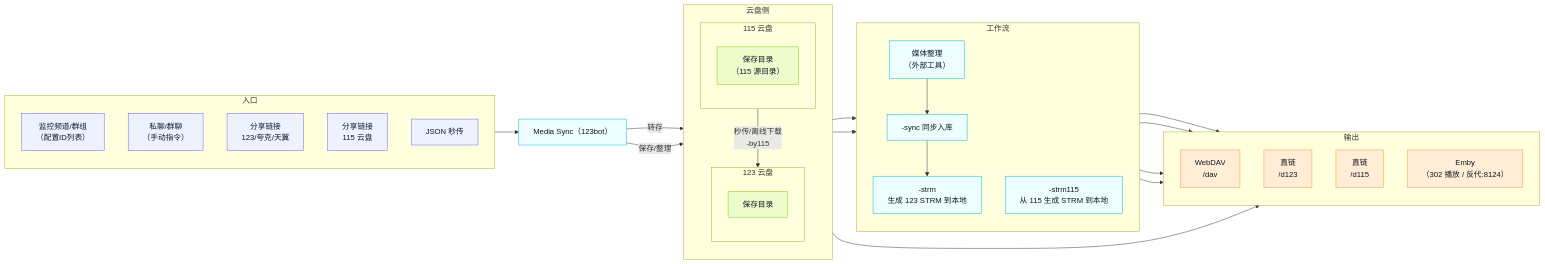
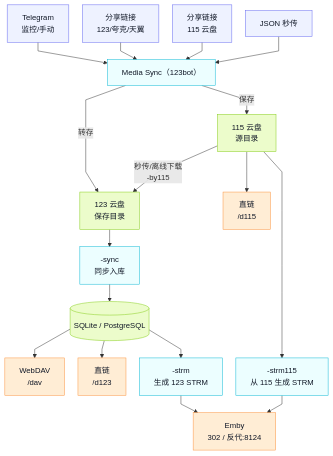
The diagram in README.md (DinDing1/123BOT), drawn with Mermaid before and after one commit.

````diff
--- a/README.md
+++ b/README.md
@@ -22,63 +22,46 @@
 ```mermaid
-flowchart LR
+%%{init: {"flowchart": {"curve": "linear", "nodeSpacing": 28, "rankSpacing": 36}}}%%
+flowchart TB
   classDef src fill:#EEF2FF,stroke:#6366F1,color:#111827;
-  classDef core fill:#ECFEFF,stroke:#06B6D4,color:#111827;
+  classDef svc fill:#ECFEFF,stroke:#06B6D4,color:#111827;
   classDef store fill:#ECFCCB,stroke:#84CC16,color:#111827;
   classDef out fill:#FFEDD5,stroke:#FB923C,color:#111827;
 
-  subgraph ENTRY[入口]
-    direction TB
-    MON[监控频道/群组<br/>（配置ID列表）]:::src
-    MAN[私聊/群聊<br/>（手动指令）]:::src
-    LINK123[分享链接<br/>123/夸克/天翼]:::src
-    LINK115[分享链接<br/>115 云盘]:::src
-    JSON[JSON 秒传]:::src
-  end
+  TG[Telegram<br/>监控/手动]:::src
+  LINK123[分享链接<br/>123/夸克/天翼]:::src
+  LINK115[分享链接<br/>115 云盘]:::src
+  JSON[JSON 秒传]:::src
 
-  BOT[Media Sync（123bot）]:::core
+  BOT[Media Sync（123bot）]:::svc
 
-  subgraph CLOUDS[云盘侧]
-    direction TB
-    subgraph CLOUD115[115 云盘]
-      direction TB
-      SAVE115[保存目录<br/>（115 源目录）]:::store
-    end
-    subgraph CLOUD123[123 云盘]
-      direction TB
-      SAVE123[保存目录]:::store
-    end
-  end
+  PAN115[115 云盘<br/>源目录]:::store
+  PAN123[123 云盘<br/>保存目录]:::store
 
-  subgraph FLOW[工作流]
-    direction TB
-    ORGANIZE[媒体整理<br/>（外部工具）]:::core
-    SYNC[-sync 同步入库]:::core
-    STRM123[-strm<br/>生成 123 STRM 到本地]:::core
-    STRM115[-strm115<br/>从 115 生成 STRM 到本地]:::core
-  end
+  SYNC[-sync<br/>同步入库]:::svc
+  DB[(SQLite / PostgreSQL)]:::store
 
-  subgraph OUT[输出]
-    direction TB
-    DAV[WebDAV<br/>/dav]:::out
-    DL123[直链<br/>/d123]:::out
-    DL115[直链<br/>/d115]:::out
-    EMBY[Emby<br/>（302 播放 / 反代:8124）]:::out
-  end
+  DAV[WebDAV<br/>/dav]:::out
+  DL123[直链<br/>/d123]:::out
+  DL115[直链<br/>/d115]:::out
+  STRM123[-strm<br/>生成 123 STRM]:::svc
+  STRM115[-strm115<br/>从 115 生成 STRM]:::svc
+  EMBY[Emby<br/>302 / 反代:8124]:::out
 
-  ENTRY --> BOT
-  BOT -->|转存| SAVE123
-  BOT -->|保存/整理| SAVE115
-  SAVE115 -->|秒传/离线下载<br/>-by115| SAVE123
+  TG --> BOT
+  LINK123 --> BOT
+  LINK115 --> BOT
+  JSON --> BOT
 
-  SAVE123 --> ORGANIZE
-  ORGANIZE --> SYNC
+  BOT -->|转存| PAN123
+  BOT -->|保存| PAN115
+  PAN115 -->|秒传/离线下载<br/>-by115| PAN123
 
-  SYNC --> DAV
-  SYNC --> DL123
-  SYNC --> STRM123
-  SAVE115 --> DL115
-  SAVE115 --> STRM115
+  PAN123 --> SYNC --> DB
 
-  STRM123 --> EMBY
-  STRM115 --> EMBY
+  DB --> DAV
+  DB --> DL123
+  DB --> STRM123 --> EMBY
+
+  PAN115 --> DL115
+  PAN115 --> STRM115 --> EMBY
 ```
````
